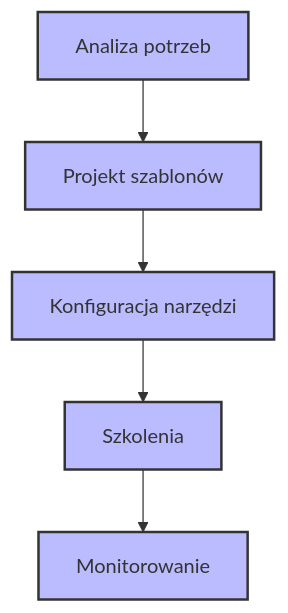
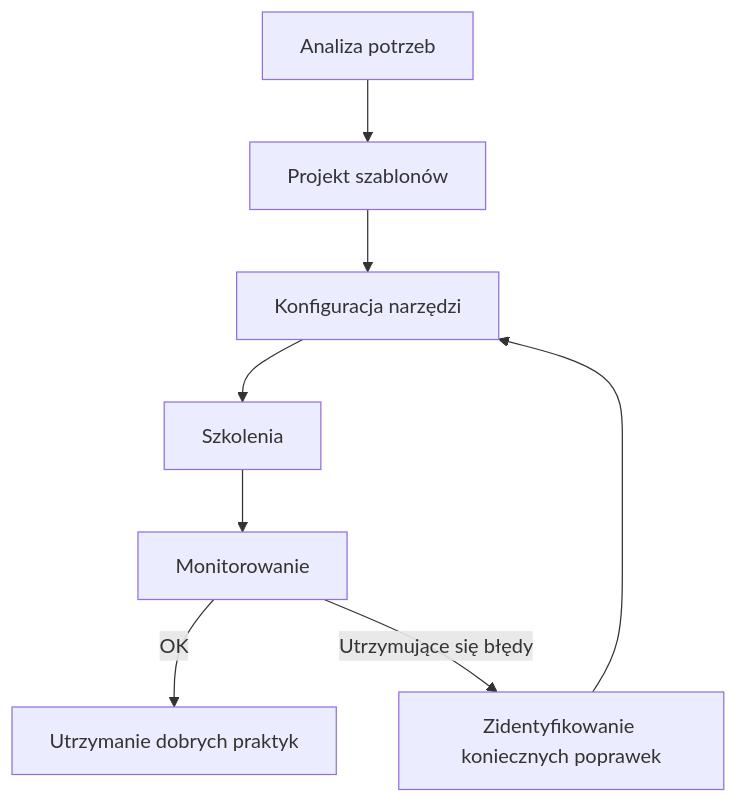
One commit to Siec-Dostepnosci-Cyfrowej/sdc changed the diagram in documentation/docs/komunikacja/konfiguracja-aplikacji/konfiguracja-aplikacji.md. Above: the diagram before and after it, drawn with Mermaid.

````diff
--- a/documentation/docs/komunikacja/konfiguracja-aplikacji/konfiguracja-aplikacji.md
+++ b/documentation/docs/komunikacja/konfiguracja-aplikacji/konfiguracja-aplikacji.md
@@ -122,10 +122,12 @@
 ```mermaid
 flowchart TD
     A[Analiza potrzeb] --> B[Projekt szablonów]
     B --> C[Konfiguracja narzędzi]
     C --> D[Szkolenia]
     D --> E[Monitorowanie]
+    E -->|OK| F[Utrzymanie dobrych praktyk]
+    E -->|Utrzymujące się błędy| G[Zidentyfikowanie koniecznych poprawek]
+    G --> C[Konfiguracja narzędzi]
 
-    classDef step fill:#bbf,stroke:#333,stroke-width:2px;
-    class A,B,C,D,E step;
+
 ```
````
